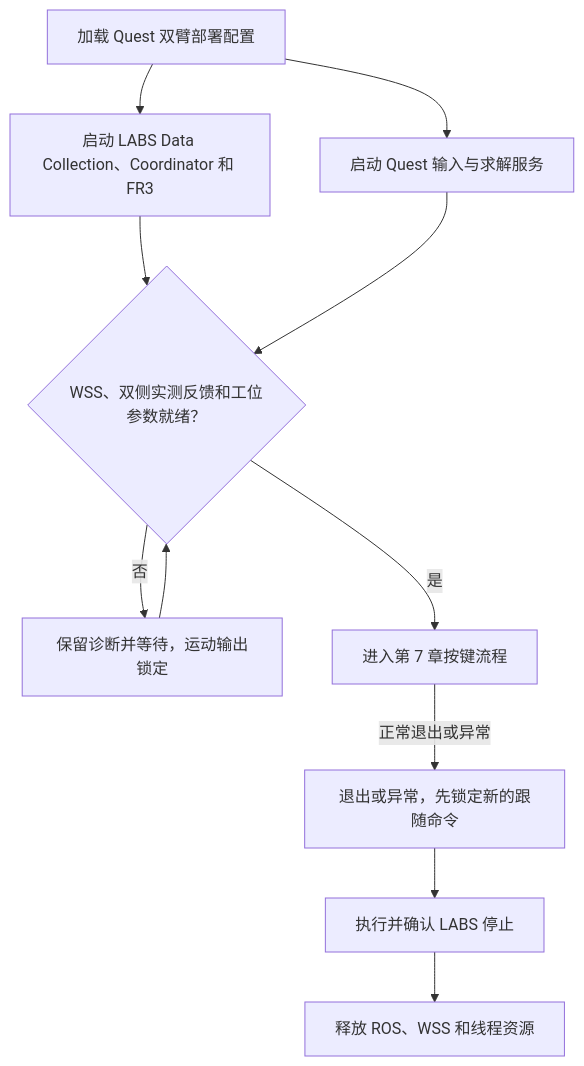
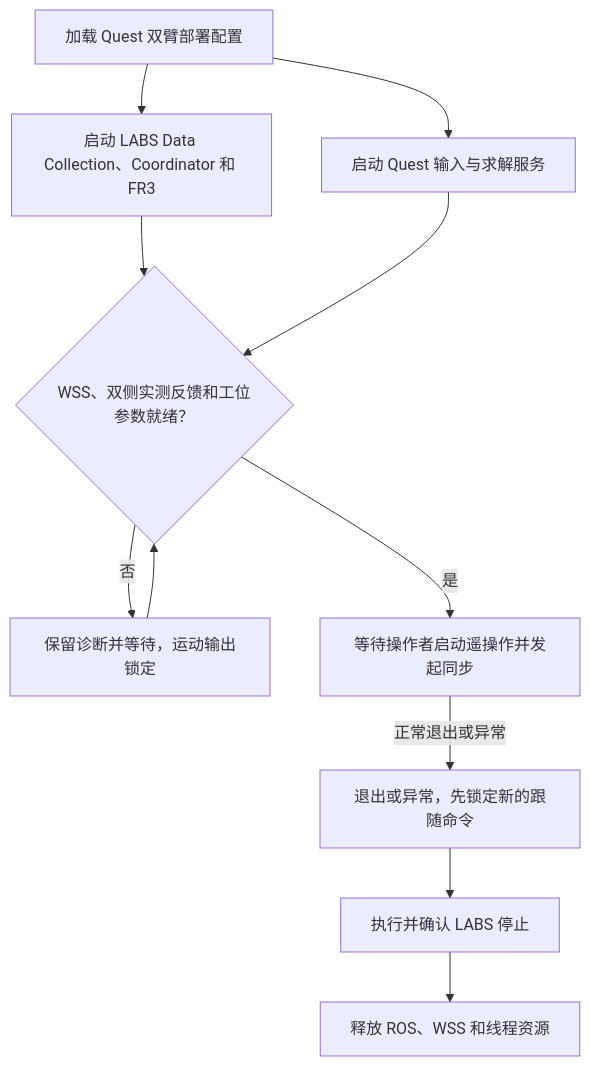
The diagram in 8、LABS接入.md (YYxzz8866/Quest-Proposal), drawn with Mermaid before and after one commit. The commit also changed other lines of this file and 7 other files, not shown here.

````diff
--- a/8、LABS接入.md
+++ b/8、LABS接入.md
@@ -24,20 +44,20 @@
 ```mermaid
 flowchart TD
     Deploy["加载 Quest 双臂部署配置"]
     Labs["启动 LABS Data Collection、Coordinator 和 FR3"]
     Quest["启动 Quest 输入与求解服务"]
     Inputs{"WSS、双侧实测反馈和工位参数就绪？"}
     Wait["保留诊断并等待，运动输出锁定"]
-    Ready["进入第 7 章按键流程"]
+    Ready["等待操作者启动遥操作并发起同步"]
     Fault["退出或异常，先锁定新的跟随命令"]
     Stop["执行并确认 LABS 停止"]
     Cleanup["释放 ROS、WSS 和线程资源"]
 
     Deploy --> Labs
     Deploy --> Quest
     Labs --> Inputs
     Quest --> Inputs
     Inputs -->|否| Wait --> Inputs
     Inputs -->|是| Ready
     Ready -->|正常退出或异常| Fault --> Stop --> Cleanup
 ```
````
